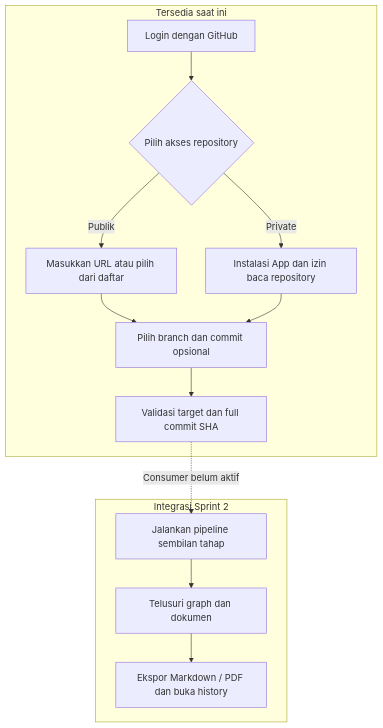
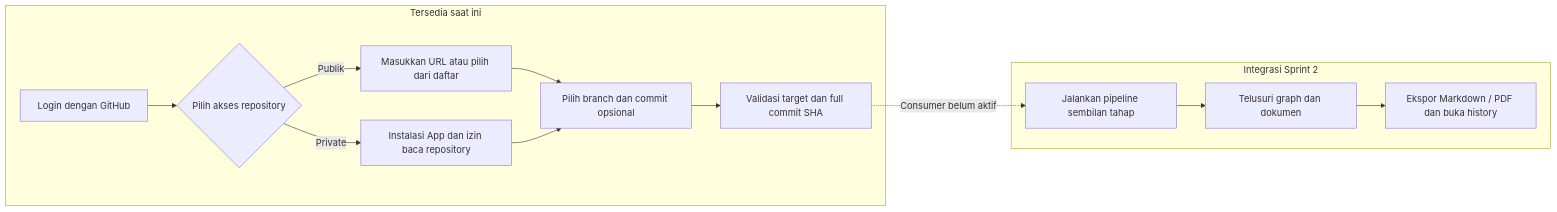
One commit to AgilePemdigi-2026/sage changed the diagram in README.md. Above: the diagram before and after it, drawn with Mermaid. The commit also changed other lines of this file and 1 other file, not shown here.

Commit message:
docs(readme): sederhanakan pembuka dan buat alur horizontal interaktif

````diff
--- a/README.md
+++ b/README.md
@@ -61,16 +61,16 @@
 ```mermaid
-flowchart TB
+flowchart LR
   subgraph current["Tersedia saat ini"]
     A["Login dengan GitHub"] --> B{"Pilih akses repository"}
     B -->|Publik| C["Masukkan URL atau pilih dari daftar"]
     B -->|Private| D["Instalasi App dan izin baca repository"]
     C --> E["Pilih branch dan commit opsional"]
     D --> E
     E --> F["Validasi target dan full commit SHA"]
   end
   subgraph planned["Integrasi Sprint 2"]
     G["Jalankan pipeline sembilan tahap"] --> H["Telusuri graph dan dokumen"]
     H --> I["Ekspor Markdown / PDF dan buka history"]
   end
   F -. "Consumer belum aktif" .-> G
 ```
````
